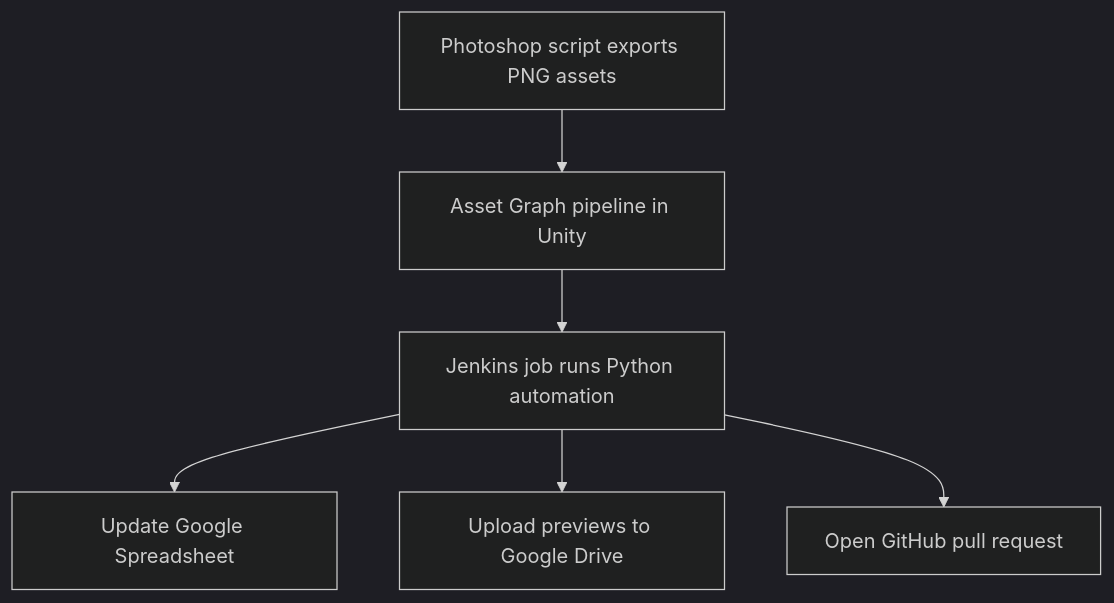
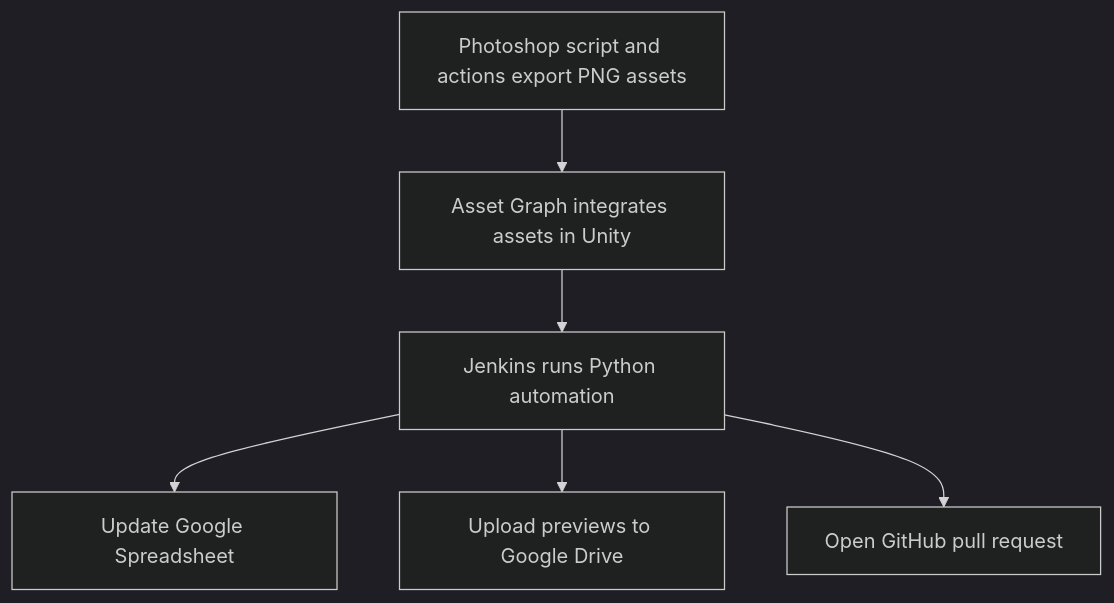
Before and after one commit to dalmazo/portfolio: the second of 2 diagrams in posts/project-looney-tunes.md, drawn with Mermaid (dark theme). The commit also changed other lines of this file and 4 other files, not shown here.

````diff
--- a/posts/project-looney-tunes.md
+++ b/posts/project-looney-tunes.md
@@ -39,8 +46,8 @@
 ```mermaid
 flowchart TD
-    A[Photoshop script exports PNG assets] --> B[Asset Graph pipeline in Unity]
-    B --> C[Jenkins job runs Python automation]
+    A[Photoshop script and actions export PNG assets] --> B[Asset Graph integrates assets in Unity]
+    B --> C[Jenkins runs Python automation]
     C --> D[Update Google Spreadsheet]
     C --> E[Upload previews to Google Drive]
-    C --> F[Open GitHub pull request]
+    C --> G[Open GitHub pull request]
 ```
````
